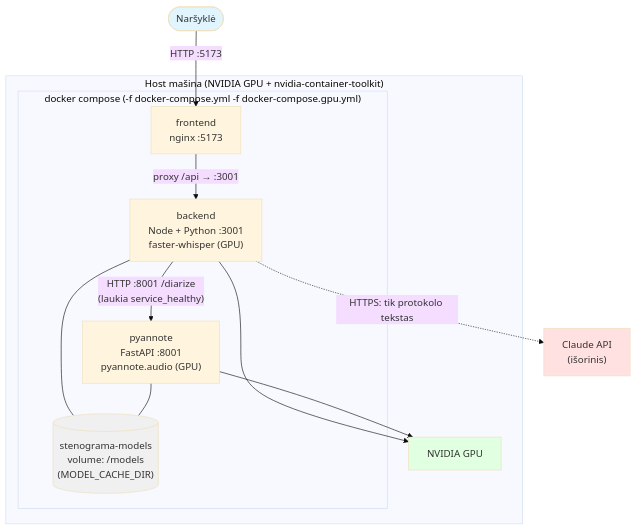
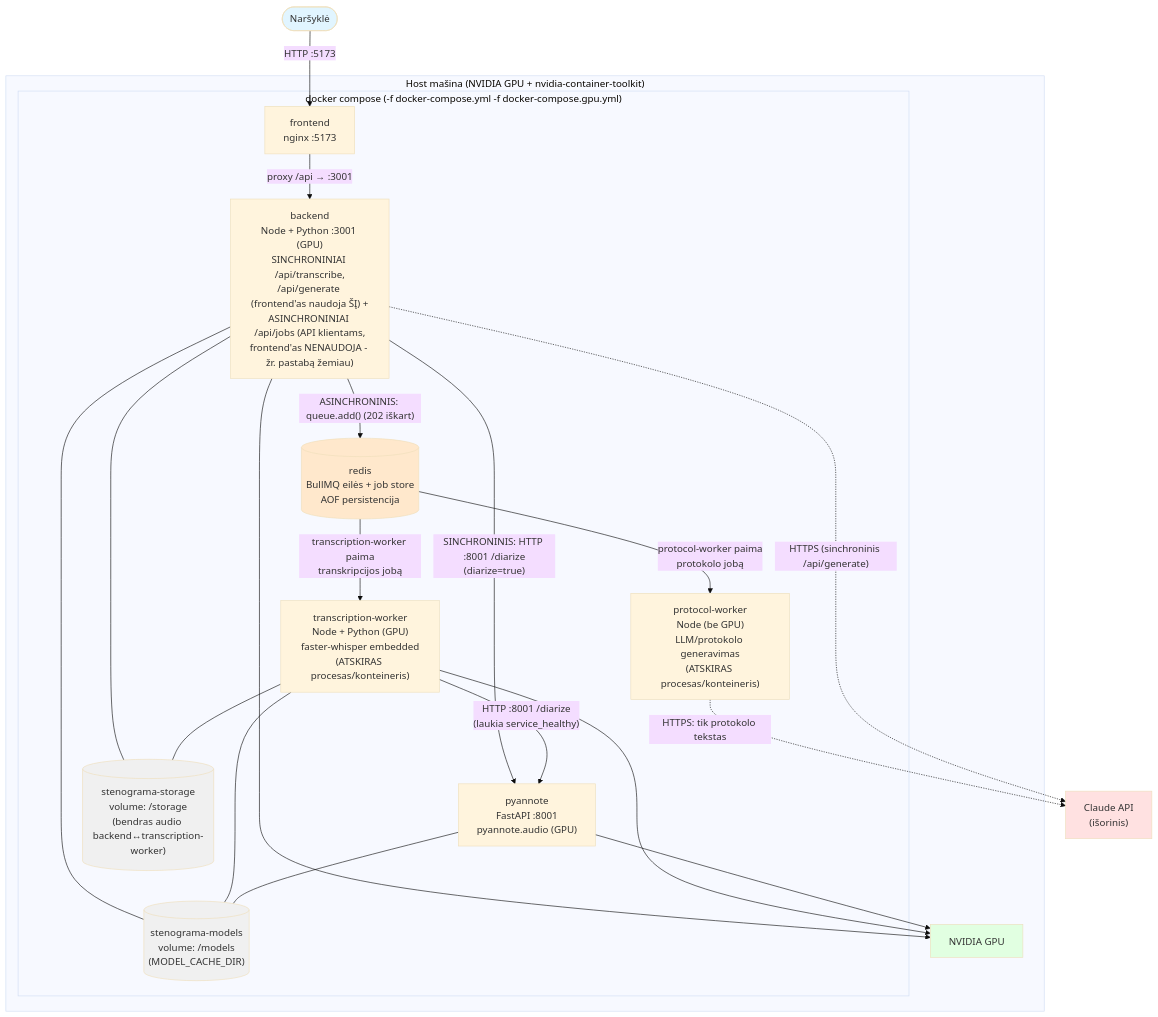
The second of 2 diagrams in README.md (forevercornix/stenograma), drawn with Mermaid (base theme) before and after one commit. The commit also changed other lines of this file and 18 other files, not shown here.

First line of the commit message:
fix: worker heartbeat split, docker compose GPU/volume merge fixes, CI validation

````diff
--- a/README.md
+++ b/README.md
@@ -743,25 +779,40 @@
 ```mermaid
 flowchart TB
     subgraph host["Host mašina (NVIDIA GPU + nvidia-container-toolkit)"]
         subgraph compose["docker compose (-f docker-compose.yml -f docker-compose.gpu.yml)"]
             FE["frontend<br/>nginx :5173"]
-            BE["backend<br/>Node + Python :3001<br/>faster-whisper (GPU)"]
+            BE["backend<br/>Node + Python :3001 (GPU)<br/>SINCHRONINIAI /api/transcribe,<br/>/api/generate (frontend'as naudoja ŠĮ) +<br/>ASINCHRONINIAI /api/jobs (API klientams,<br/>frontend'as NENAUDOJA - žr. pastabą žemiau)"]
+            TWRK["transcription-worker<br/>Node + Python (GPU)<br/>faster-whisper embedded<br/>(ATSKIRAS procesas/konteineris)"]
+            PWRK["protocol-worker<br/>Node (be GPU)<br/>LLM/protokolo generavimas<br/>(ATSKIRAS procesas/konteineris)"]
+            RD[("redis<br/>BullMQ eilės + job store<br/>AOF persistencija")]
             PY["pyannote<br/>FastAPI :8001<br/>pyannote.audio (GPU)"]
             VOL[("stenograma-models<br/>volume: /models<br/>(MODEL_CACHE_DIR)")]
+            STOR[("stenograma-storage<br/>volume: /storage<br/>(bendras audio backend↔transcription-worker)")]
         end
         GPU["NVIDIA GPU"]
     end
     Browser([Naršyklė]) -->|"HTTP :5173"| FE
     FE -->|"proxy /api → :3001"| BE
-    BE -->|"HTTP :8001 /diarize<br/>(laukia service_healthy)"| PY
-    BE -.->|"HTTPS: tik protokolo tekstas"| Claude["Claude API<br/>(išorinis)"]
+    BE -->|"SINCHRONINIS: HTTP :8001 /diarize<br/>(diarize=true)"| PY
+    BE -->|"ASINCHRONINIS: queue.add() (202 iškart)"| RD
+    RD -->|"transcription-worker paima<br/>transkripcijos jobą"| TWRK
+    RD -->|"protocol-worker paima<br/>protokolo jobą"| PWRK
+    TWRK -->|"HTTP :8001 /diarize<br/>(laukia service_healthy)"| PY
+    PWRK -.->|"HTTPS: tik protokolo tekstas"| Claude["Claude API<br/>(išorinis)"]
+    BE -.->|"HTTPS (sinchroninis /api/generate)"| Claude
     BE --> GPU
+    TWRK --> GPU
     PY --> GPU
     BE --- VOL
+    TWRK --- VOL
     PY --- VOL
+    BE --- STOR
+    TWRK --- STOR
 
     style Browser fill:#e1f5ff
     style Claude fill:#ffe1e1
     style GPU fill:#e1ffe1
     style VOL fill:#f0f0f0
+    style STOR fill:#f0f0f0
+    style RD fill:#ffe8cc
 ```
````
